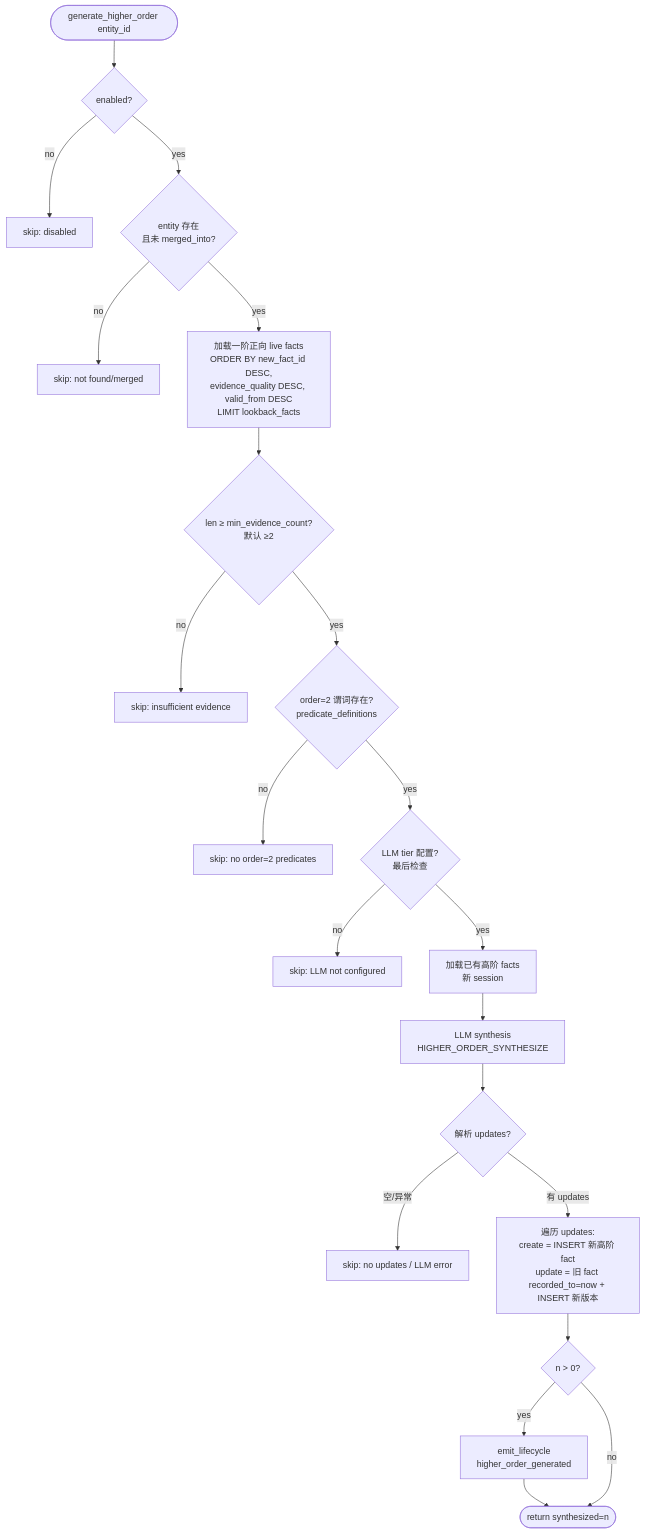
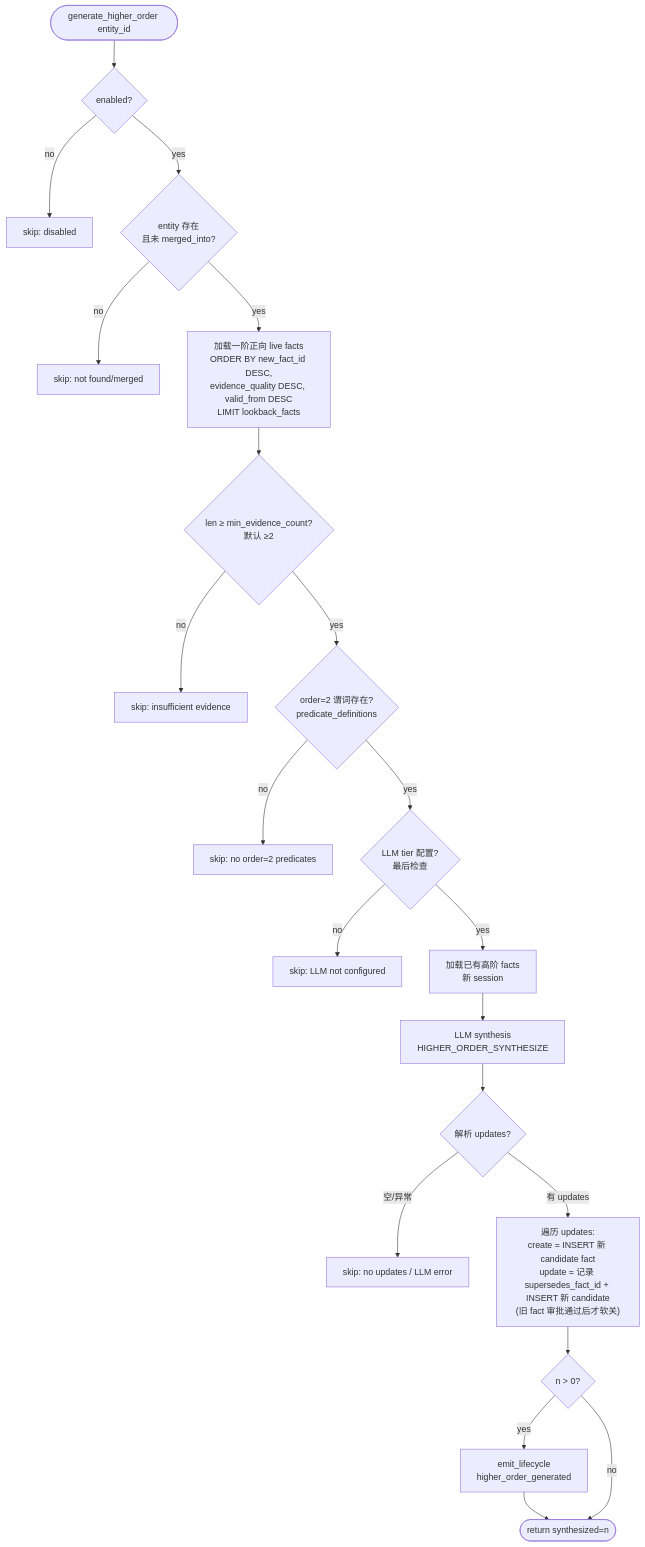
One commit to pty819/cortex-py-book changed the second of 2 diagrams in source/chapters/13-higher-order.md. Above: the diagram before and after it, drawn with Mermaid. The commit also changed other lines of this file and 23 other files, not shown here.

````diff
--- a/source/chapters/13-higher-order.md
+++ b/source/chapters/13-higher-order.md
@@ -132,23 +130,23 @@
 ```{mermaid}
 flowchart TD
     A([generate_higher_order entity_id]) --> B{enabled?}
     B -- no --> S1["skip: disabled"]
     B -- yes --> C{entity 存在<br/>且未 merged_into?}
     C -- no --> S2["skip: not found/merged"]
     C -- yes --> D["加载一阶正向 live facts<br/>ORDER BY new_fact_id DESC,<br/>evidence_quality DESC, valid_from DESC<br/>LIMIT lookback_facts"]
     D --> E{len ≥ min_evidence_count?<br/>默认 ≥2}
     E -- no --> S3["skip: insufficient evidence"]
     E -- yes --> G{order=2 谓词存在?<br/>predicate_definitions}
     G -- no --> S5["skip: no order=2 predicates"]
     G -- yes --> H{LLM tier 配置?<br/>最后检查}
     H -- no --> S6["skip: LLM not configured"]
     H -- yes --> I["加载已有高阶 facts<br/>新 session"]
     I --> J["LLM synthesis<br/>HIGHER_ORDER_SYNTHESIZE"]
     J --> K{解析 updates?}
     K -- 空/异常 --> S7["skip: no updates / LLM error"]
-    K -- 有 updates --> L["遍历 updates:<br/>create = INSERT 新高阶 fact<br/>update = 旧 fact recorded_to=now + INSERT 新版本"]
+    K -- 有 updates --> L["遍历 updates:<br/>create = INSERT 新 candidate fact<br/>update = 记录 supersedes_fact_id + INSERT 新 candidate<br/>(旧 fact 审批通过后才软关)"]
     L --> M{n > 0?}
     M -- yes --> N["emit_lifecycle<br/>higher_order_generated"]
     N --> O([return synthesized=n])
     M -- no --> O
 ```
````
